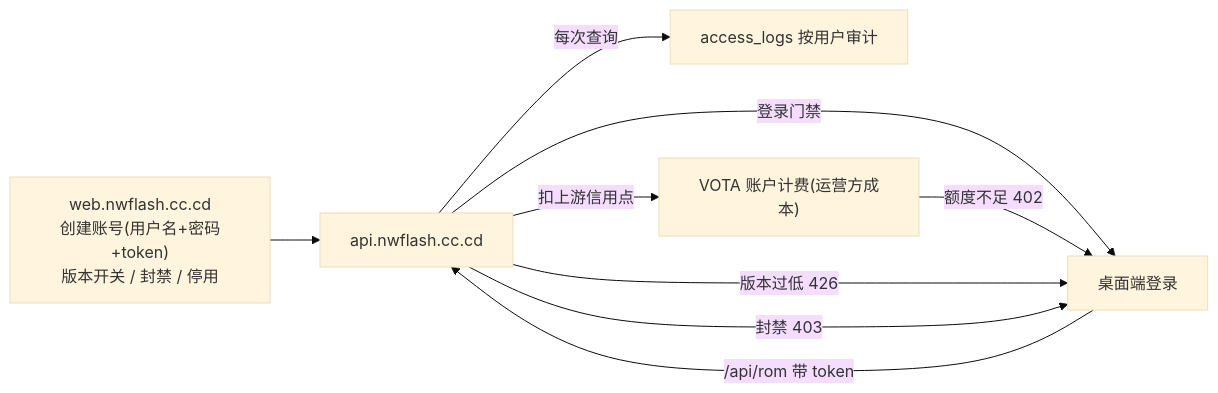
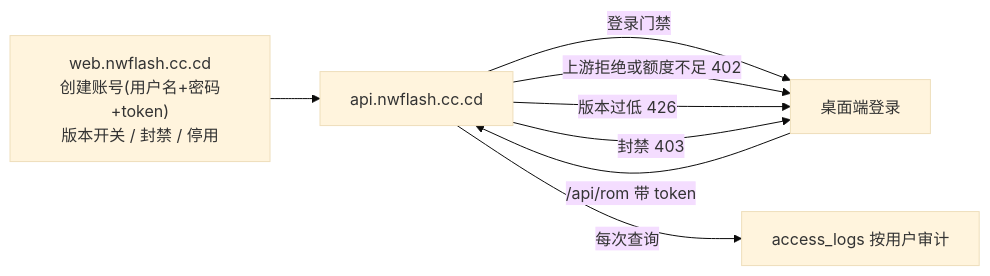
One commit to xxz13352/VivoKsu changed the ninth of 11 diagrams in docs/architecture.md. Above: the diagram before and after it, drawn with Mermaid (base theme). The commit also changed other lines of this file and 57 other files, not shown here.

````diff
--- a/docs/architecture.md
+++ b/docs/architecture.md
@@ -479,11 +479,10 @@
 ```mermaid
 flowchart LR
     ADMIN["web.nwflash.cc.cd<br/>创建账号(用户名+密码+token)<br/>版本开关 / 封禁 / 停用"] --> API["api.nwflash.cc.cd"]
     API -->|登录门禁| DESK["桌面端登录"]
     DESK -->|"/api/rom 带 token"| API
     API -->|每次查询| AUDIT["access_logs 按用户审计"]
-    API -->|扣上游信用点| BILL["VOTA 账户计费(运营方成本)"]
-    BILL -->|额度不足 402| DESK
+    API -->|上游拒绝或额度不足 402| DESK
     API -->|版本过低 426| DESK
     API -->|封禁 403| DESK
 ```
````
